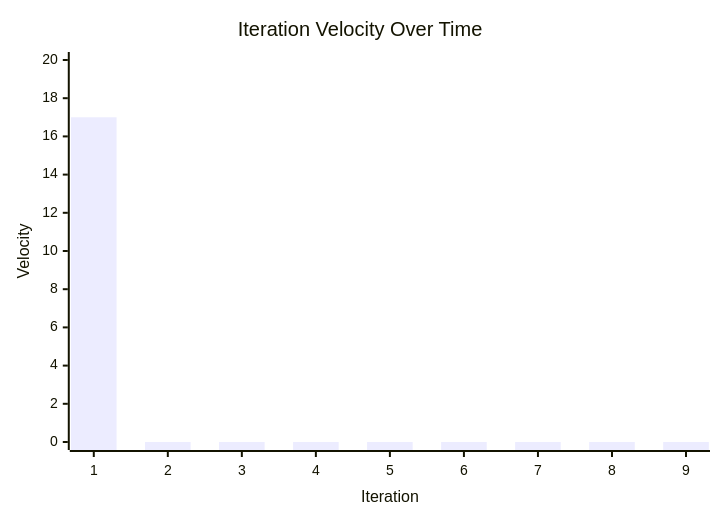
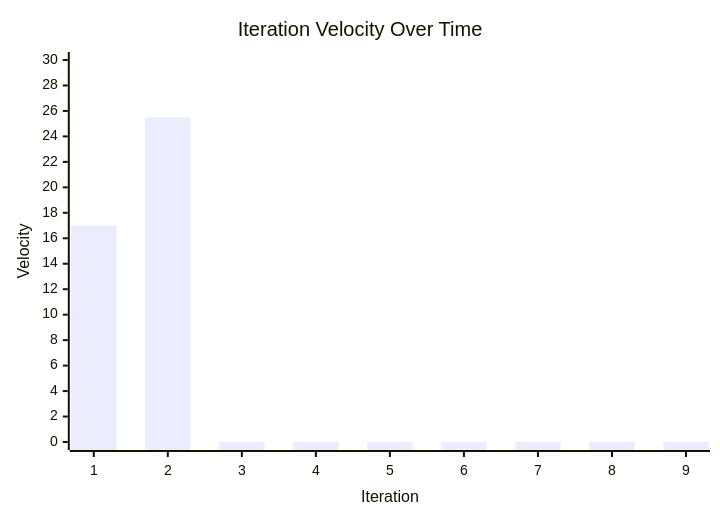
The diagram in IterationStats.md (zappfish/zapp-requirements-tracker), drawn with Mermaid before and after one commit. The commit also changed other lines of this file, not shown here.

Commit message:
Update IterationStats.md
Update the stats for Iteration 2.

````diff
--- a/IterationStats.md
+++ b/IterationStats.md
@@ -32,7 +32,7 @@
 ```mermaid
 xychart-beta
     title "Iteration Velocity Over Time"
     x-axis "Iteration" ["1", "2", "3", "4", "5", "6", "7", "8", "9"]
-    y-axis "Velocity" 0 --> 20
-    bar [17, 0, 0, 0, 0, 0, 0, 0, 0]
+    y-axis "Velocity" 0 --> 30
+    bar [17, 25.5, 0, 0, 0, 0, 0, 0, 0]
 ```
````
